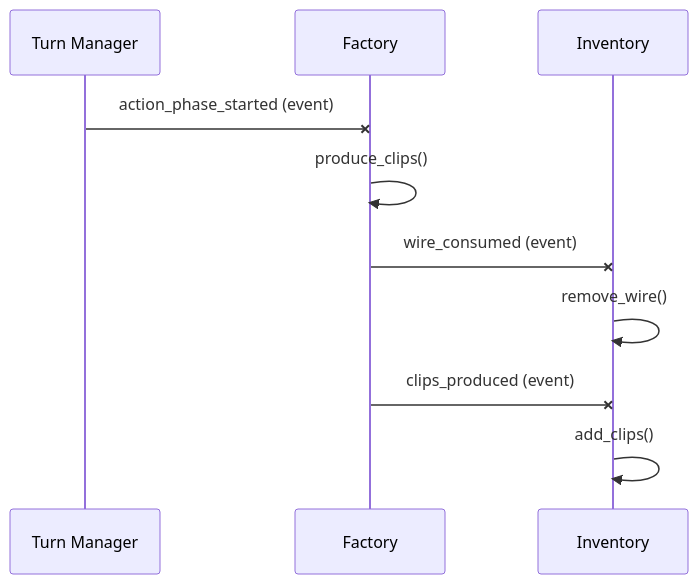
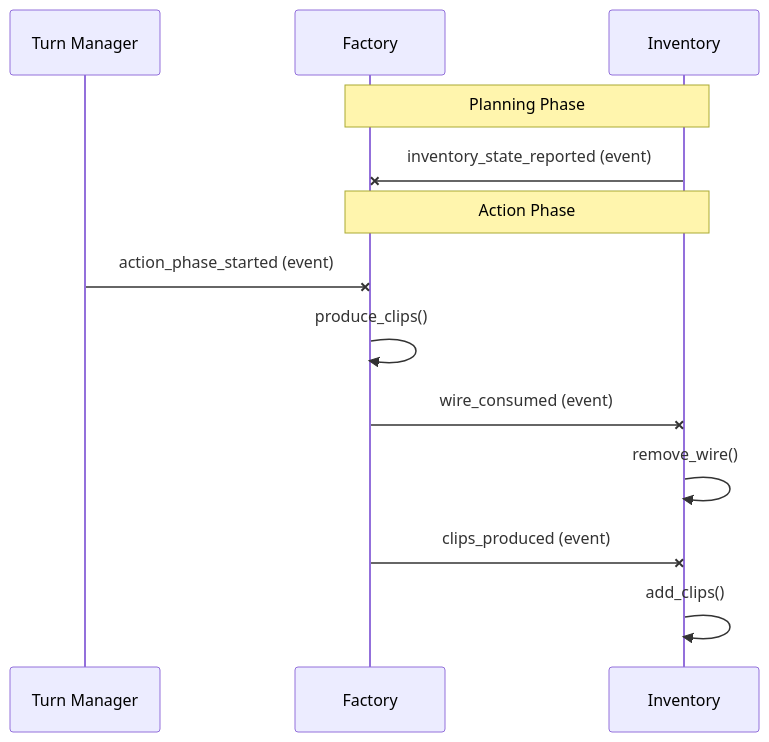
Before and after one commit to corvuslee/clipforge: the seventh of 7 diagrams in design_specifications/modules.md, drawn with Mermaid. The commit also changed other lines of this file and 3 other files, not shown here.

````diff
--- a/design_specifications/modules.md
+++ b/design_specifications/modules.md
@@ -181,13 +188,17 @@
 ```mermaid
 sequenceDiagram
     participant TM as Turn Manager
     participant Fac as Factory
     participant Inv as Inventory
 
+    Note over Fac,Inv: Planning Phase
+    Inv-xFac: inventory_state_reported (event)
+
+    Note over Fac,Inv: Action Phase
     TM-xFac: action_phase_started (event)
     Fac->>Fac: produce_clips()
     Fac-xInv: wire_consumed (event)
     Inv->>Inv: remove_wire()
     Fac-xInv: clips_produced (event)
     Inv->>Inv: add_clips()
 ```
````
